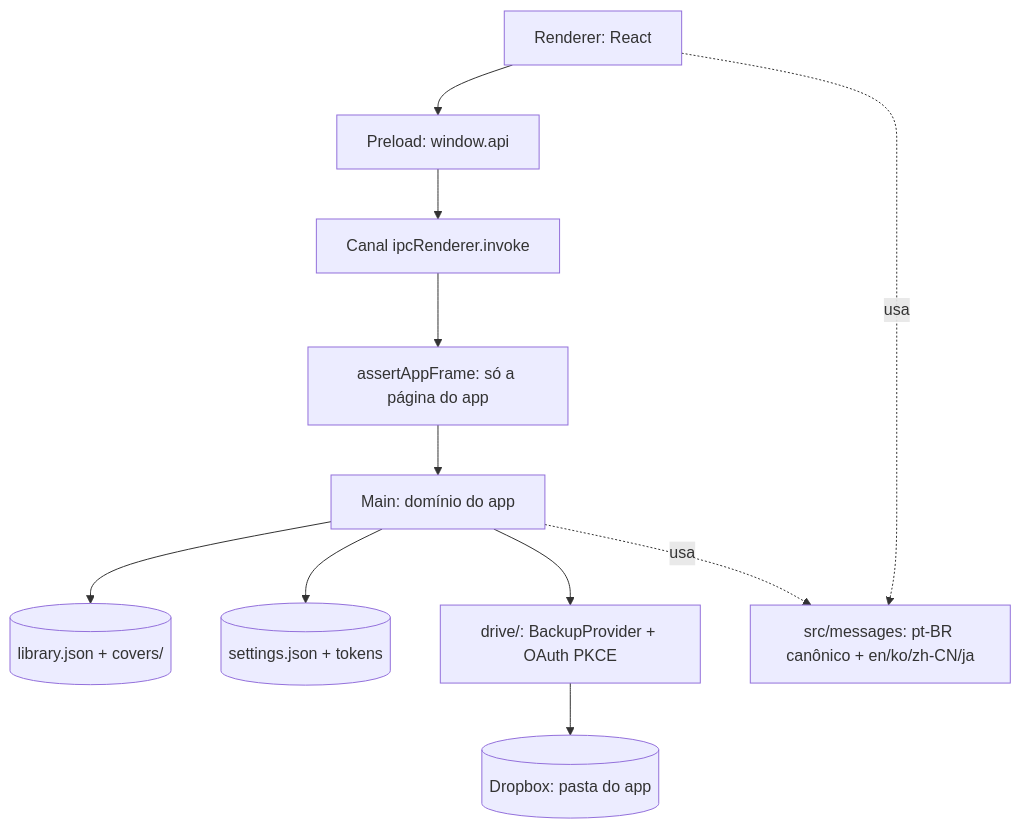
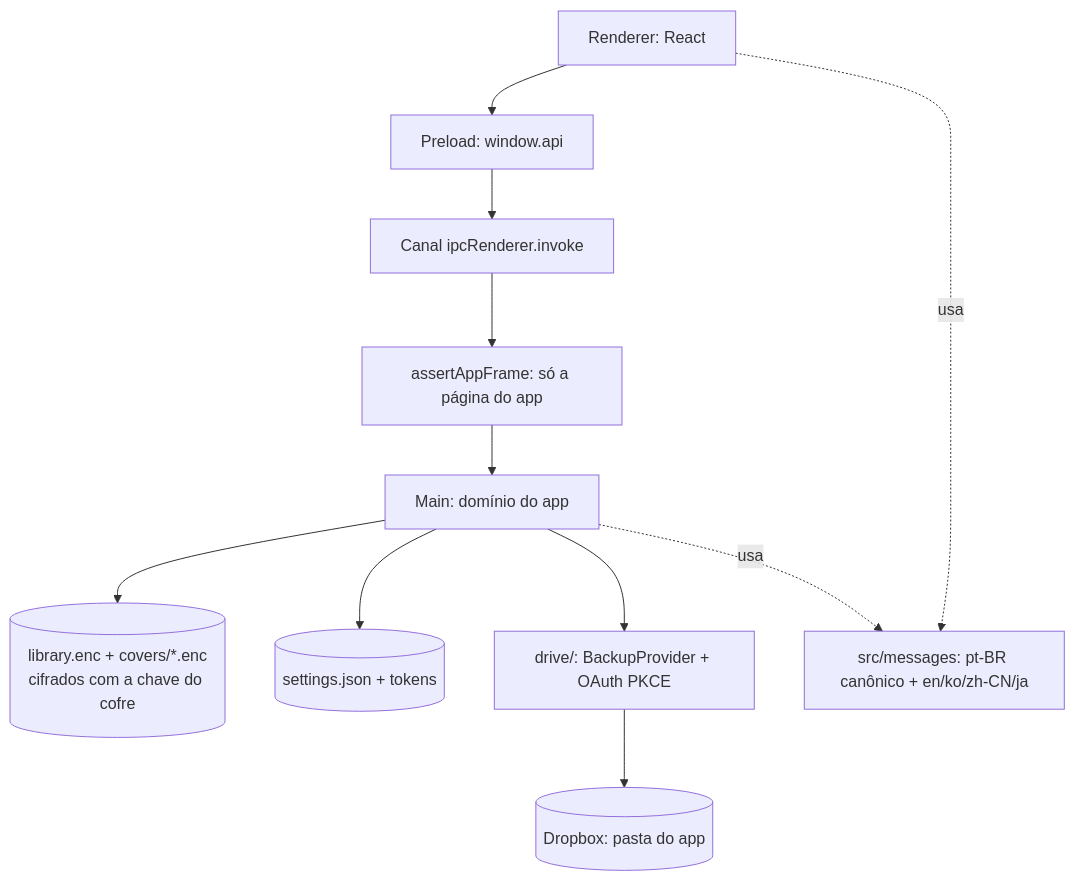
One commit to chronos-atalante/chronos-biblioteca changed the first of 2 diagrams in docs/arquitetura.md. Above: the diagram before and after it, drawn with Mermaid. The commit also changed other lines of this file and 53 other files, not shown here.

````diff
--- a/docs/arquitetura.md
+++ b/docs/arquitetura.md
@@ -3,13 +3,13 @@
 ```mermaid
 flowchart TB
     UI[Renderer: React] --> Preload[Preload: window.api]
     Preload --> IPC[Canal ipcRenderer.invoke]
     IPC --> Guarda[assertAppFrame: só a página do app]
     Guarda --> Main[Main: domínio do app]
-    Main --> Lib[(library.json + covers/)]
+    Main --> Lib[(library.enc + covers/*.enc<br/>cifrados com a chave do cofre)]
     Main --> Cfg[(settings.json + tokens)]
     Main --> Drive[drive/: BackupProvider + OAuth PKCE]
     Drive --> Cloud[(Dropbox: pasta do app)]
     UI -. usa .-> Msgs[src/messages: pt-BR canônico + en/ko/zh-CN/ja]
     Main -. usa .-> Msgs
 ```
````
